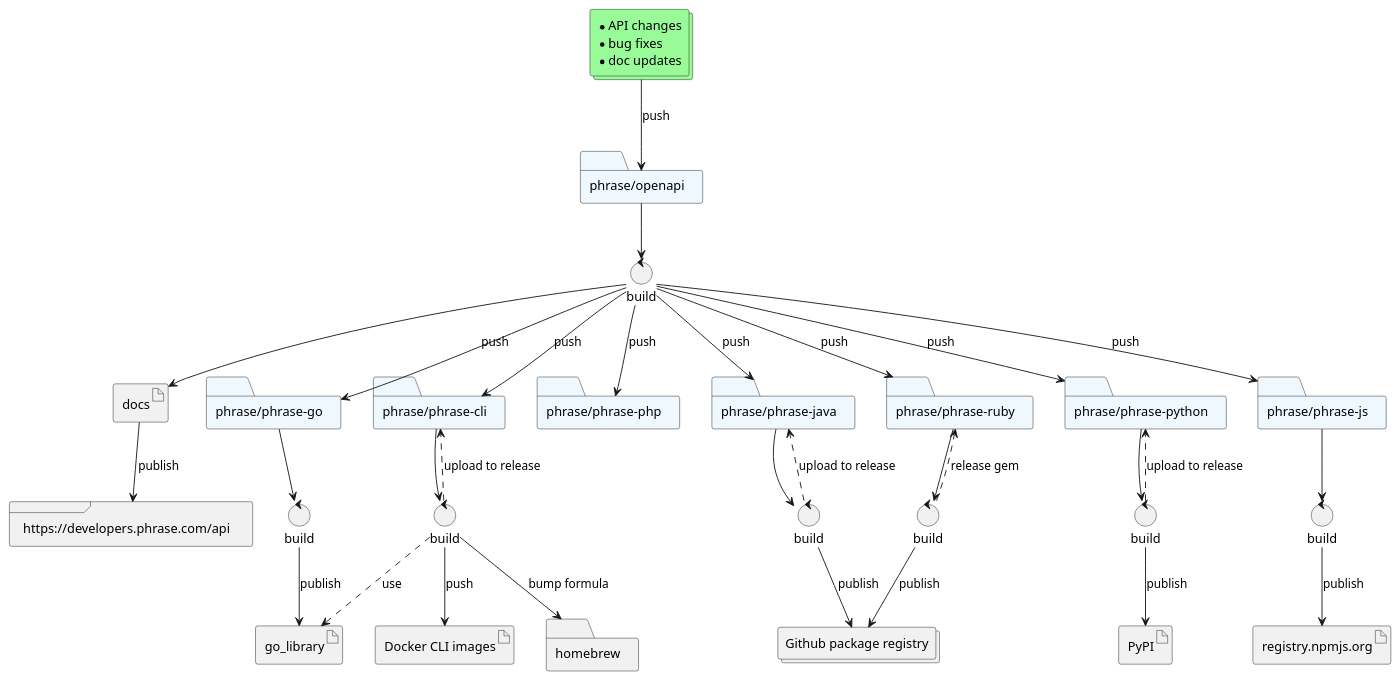
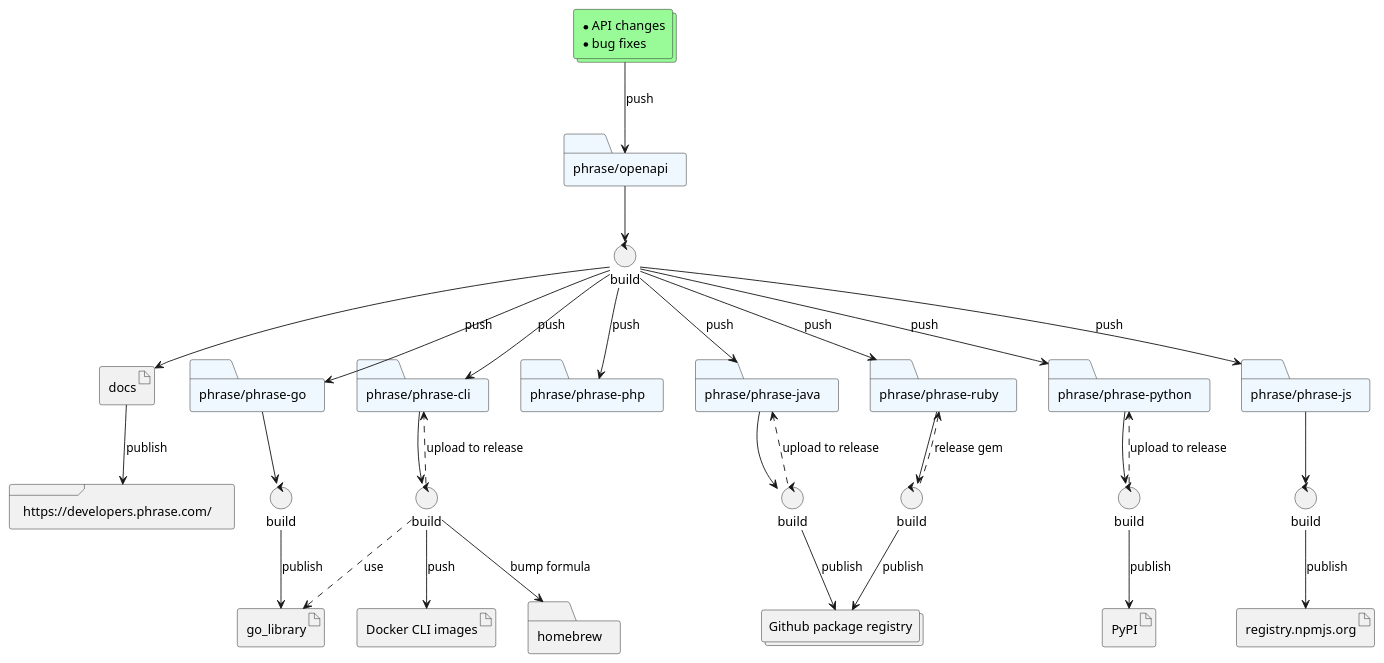
Before and after one commit to phrase/openapi: the diagram in docs/workflow.plantuml, drawn with PlantUML.

Commit message:
Update UML workflow definition
Narrow down documentation step.

```diff
--- a/docs/workflow.plantuml
+++ b/docs/workflow.plantuml
@@ -1,69 +1,69 @@
 @startuml "openapi workflow"
 
-collections "* API changes\n* bug fixes\n* doc updates" as changes #PaleGreen
+collections "* API changes\n* bug fixes" as changes #PaleGreen
 folder "phrase/openapi" as openapi #AliceBlue
 control "build" as actions
 
 artifact docs
-frame "https://developers.phrase.com/api" as developers
+frame "https://developers.phrase.com/" as developers
 
 folder "phrase/phrase-go" as go #AliceBlue
 folder "phrase/phrase-cli" as cli #AliceBlue
 folder "phrase/phrase-php" as php #AliceBlue
 folder "phrase/phrase-java" as java #AliceBlue
 folder "phrase/phrase-python" as python #AliceBlue
 folder "phrase/phrase-ruby" as ruby #AliceBlue
 folder "phrase/phrase-js" as js #AliceBlue
 
 
 control "build" as go_actions
 control "build" as build_cli
 control "build" as build_java
 control "build" as build_js
 control "build" as build_ruby
 control "build" as build_python
 
 artifact go_library
 artifact "Docker CLI images" as docker_images
 folder homebrew
 collections "Github package registry" as github_package_registry
 artifact "registry.npmjs.org" as npm
 artifact "PyPI"
 
 changes --> openapi : push
-openapi-->actions
+openapi --> actions
 actions --> docs
 docs --> developers : publish
 actions --> go : push
 actions --> php : push
 actions --> java : push
 actions --> python : push
 actions --> cli : push
 actions --> ruby : push
 actions --> js : push
 
 go --> go_actions
 go_actions --> go_library : publish
 
 cli --> build_cli
 build_cli ..> go_library : use
 build_cli --> homebrew : bump formula
 build_cli --> docker_images : push
 build_cli ..> cli : upload to release
 
 java --> build_java
 build_java ..> java : upload to release
 build_java --> github_package_registry : publish
 
 python --> build_python
 build_python ..> python : upload to release
 build_python --> PyPI : publish
 
 js --> build_js
 build_js --> npm : publish
 
 ruby --> build_ruby
 build_ruby --> github_package_registry : publish
 build_ruby ..> ruby : release gem
 
 @enduml
```
